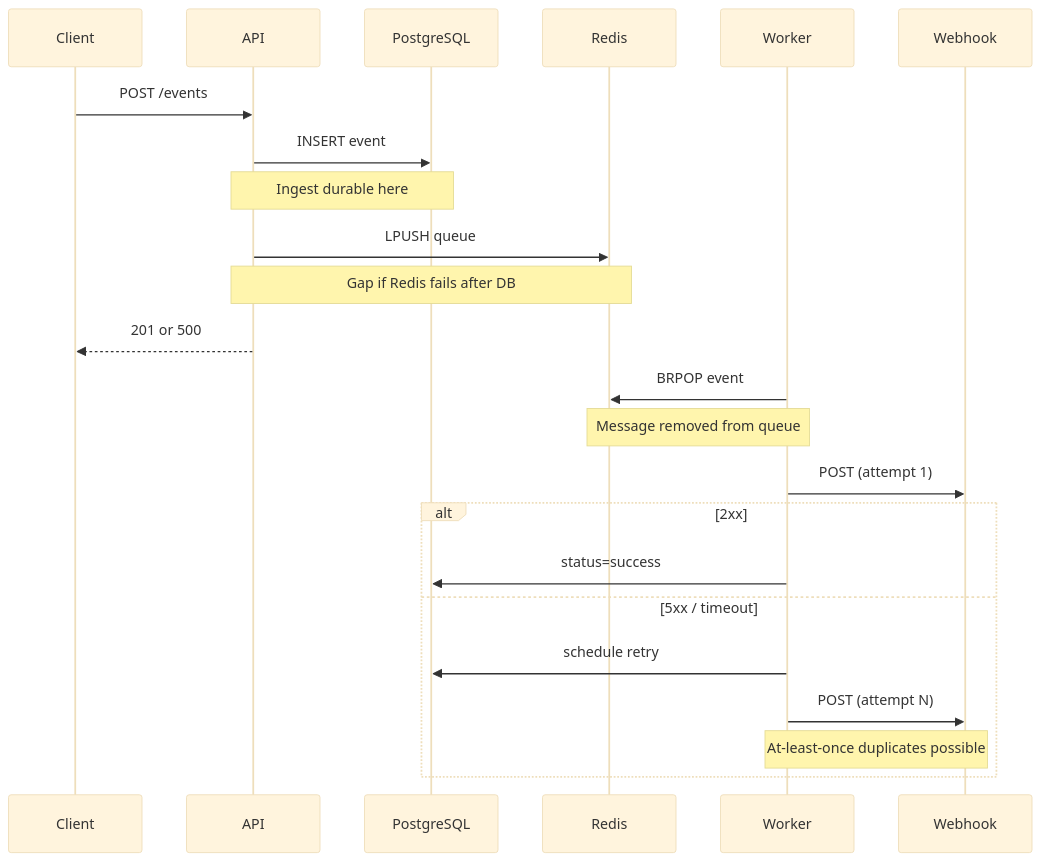
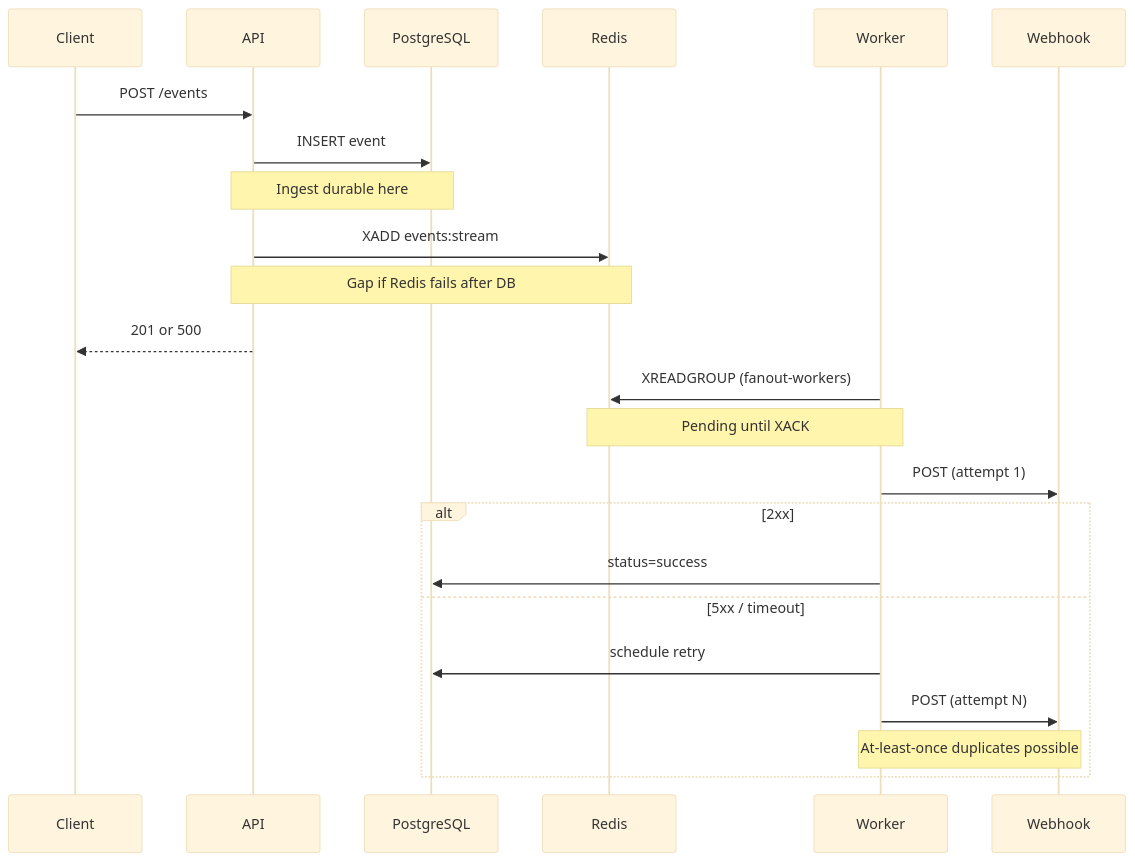
One commit to shwetaudacious/event-fanout changed the first of 2 diagrams in docs/delivery-guarantees.md. Above: the diagram before and after it, drawn with Mermaid (base theme). The commit also changed other lines of this file and 17 other files, not shown here.

First line of the commit message:
Migrate fanout queue to Redis Streams for DOKS production deploy.

````diff
--- a/docs/delivery-guarantees.md
+++ b/docs/delivery-guarantees.md
@@ -73,27 +73,27 @@
 ```mermaid
 sequenceDiagram
     participant Client
     participant API
     participant DB as PostgreSQL
     participant Redis
     participant Worker
     participant Webhook
 
     Client->>API: POST /events
     API->>DB: INSERT event
     Note over API,DB: Ingest durable here
-    API->>Redis: LPUSH queue
+    API->>Redis: XADD events:stream
     Note over API,Redis: Gap if Redis fails after DB
     API-->>Client: 201 or 500
 
-    Worker->>Redis: BRPOP event
-    Note over Worker,Redis: Message removed from queue
+    Worker->>Redis: XREADGROUP (fanout-workers)
+    Note over Worker,Redis: Pending until XACK
     Worker->>Webhook: POST (attempt 1)
     alt 2xx
         Worker->>DB: status=success
     else 5xx / timeout
         Worker->>DB: schedule retry
         Worker->>Webhook: POST (attempt N)
         Note over Worker,Webhook: At-least-once duplicates possible
     end
 ```
````
